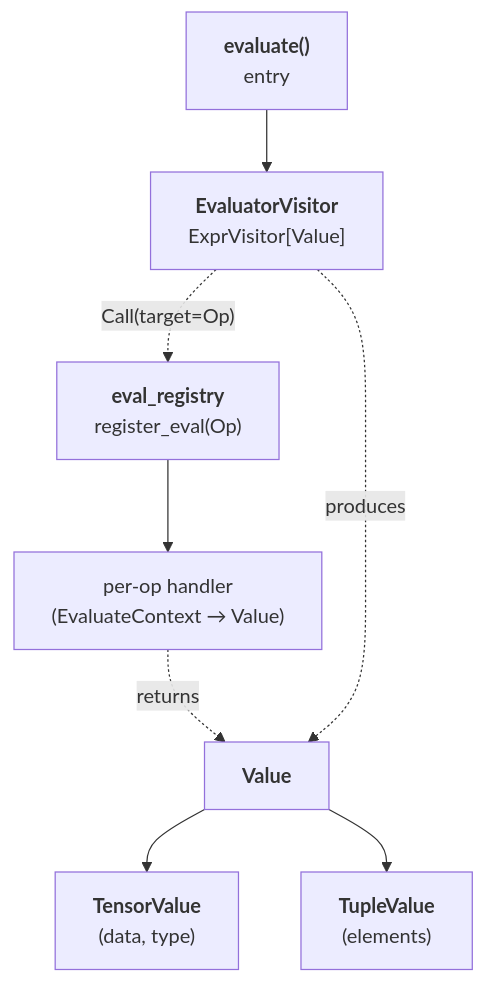
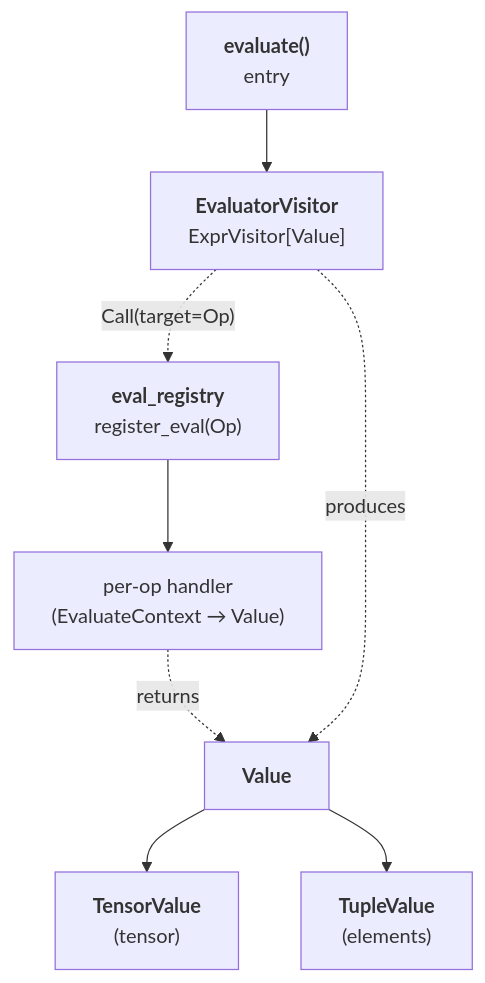
The diagram in docs/spec/evaluator.md (tile-ai/TileFoundry), drawn with Mermaid before and after one commit. The commit also changed other lines of this file and 125 other files, not shown here.

````diff
--- a/docs/spec/evaluator.md
+++ b/docs/spec/evaluator.md
@@ -8,18 +8,18 @@
 ```mermaid
 flowchart TB
     evaluate["<b>evaluate()</b><br/>entry"]
     Evaluator["<b>EvaluatorVisitor</b><br/>ExprVisitor[Value]"]
     registry["<b>eval_registry</b><br/>register_eval(Op)"]
     handler["per-op handler<br/>(EvaluateContext → Value)"]
     Value["<b>Value</b>"]
-    TensorValue["<b>TensorValue</b><br/>(data, type)"]
+    TensorValue["<b>TensorValue</b><br/>(tensor)"]
     TupleValue["<b>TupleValue</b><br/>(elements)"]
 
     evaluate --> Evaluator
     Evaluator -. "Call(target=Op)" .-> registry
     registry --> handler
     handler -. returns .-> Value
     Evaluator -. produces .-> Value
     Value --> TensorValue
     Value --> TupleValue
 ```
````
